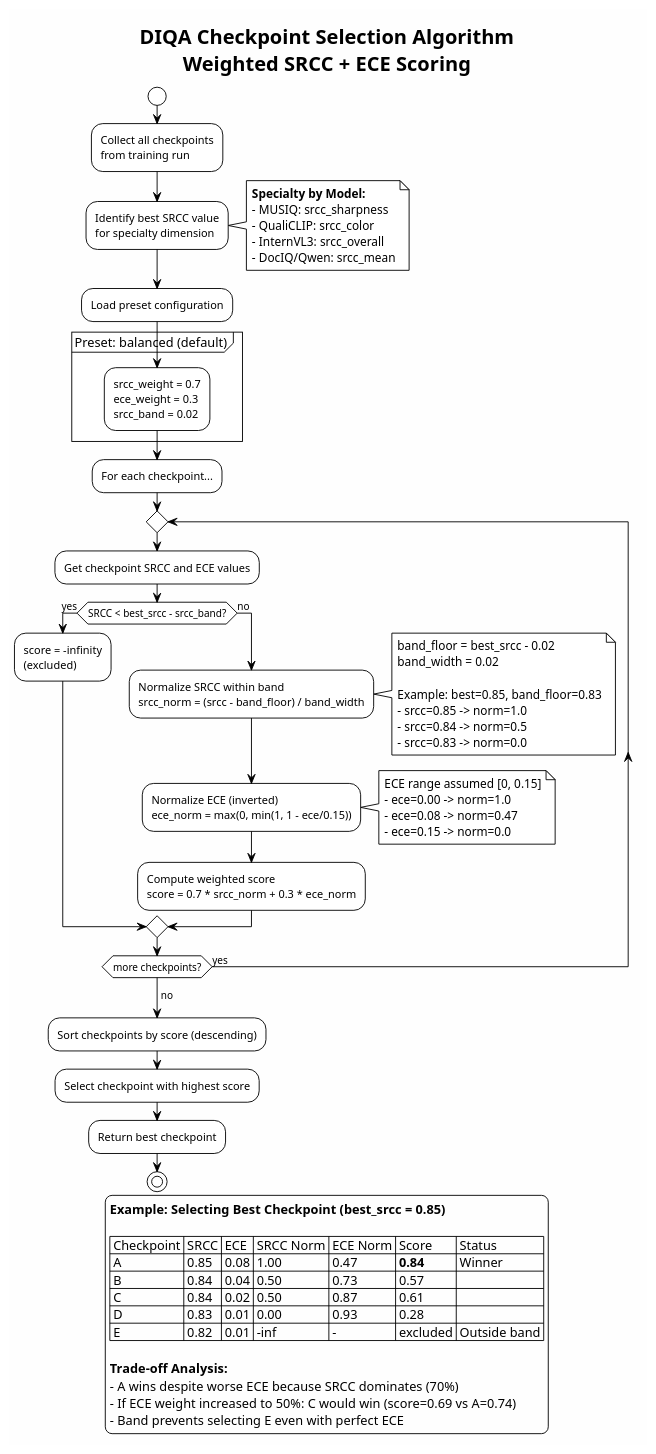
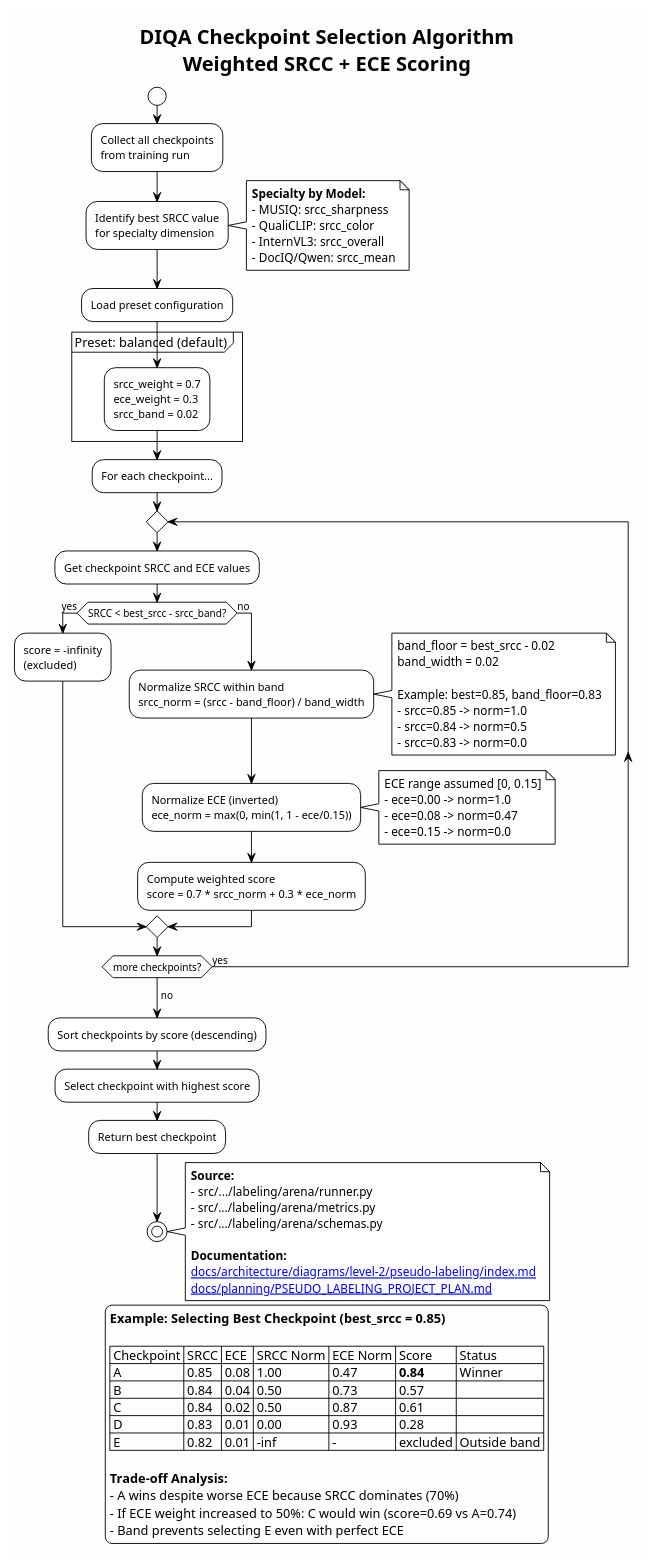
Before and after one commit to williaby/image-preprocessing-detector: the diagram in docs/architecture/diagrams/level-2/pseudo-labeling/diqa-checkpoint-selection.puml, drawn with PlantUML. The commit also changed 489 other files, not shown here.

First line of the commit message:
chore(layer2-audit): Layer 2 metadata audit remediation — parsers, scripts, docs, schema (#146)

```diff
--- a/docs/architecture/diagrams/level-2/pseudo-labeling/diqa-checkpoint-selection.puml
+++ b/docs/architecture/diagrams/level-2/pseudo-labeling/diqa-checkpoint-selection.puml
@@ -1,102 +1,119 @@
-@startuml DIQA Checkpoint Selection
+@startuml diqa-checkpoint-selection
 !theme plain
 skinparam backgroundColor #FEFEFE
 
 title DIQA Checkpoint Selection Algorithm\nWeighted SRCC + ECE Scoring
 
 ' ============================================================================
 ' ACTIVITY DIAGRAM: Checkpoint Selection Flow
 ' ============================================================================
 
 start
 
 :Collect all checkpoints
 from training run;
 
 :Identify best SRCC value
 for specialty dimension;
 
 note right
   **Specialty by Model:**
   - MUSIQ: srcc_sharpness
   - QualiCLIP: srcc_color
   - InternVL3: srcc_overall
   - DocIQ/Qwen: srcc_mean
 end note
 
 :Load preset configuration;
 
 partition "Preset: balanced (default)" {
   :srcc_weight = 0.7
   ece_weight = 0.3
   srcc_band = 0.02;
 }
 
 :For each checkpoint...;
 
 repeat
   :Get checkpoint SRCC and ECE values;
 
   if (SRCC < best_srcc - srcc_band?) then (yes)
     :score = -infinity
     (excluded);
   else (no)
     :Normalize SRCC within band
     srcc_norm = (srcc - band_floor) / band_width;
 
     note right
       band_floor = best_srcc - 0.02
       band_width = 0.02
 
       Example: best=0.85, band_floor=0.83
       - srcc=0.85 -> norm=1.0
       - srcc=0.84 -> norm=0.5
       - srcc=0.83 -> norm=0.0
     end note
 
     :Normalize ECE (inverted)
     ece_norm = max(0, min(1, 1 - ece/0.15));
 
     note right
       ECE range assumed [0, 0.15]
       - ece=0.00 -> norm=1.0
       - ece=0.08 -> norm=0.47
       - ece=0.15 -> norm=0.0
     end note
 
     :Compute weighted score
     score = 0.7 * srcc_norm + 0.3 * ece_norm;
   endif
 
 repeat while (more checkpoints?) is (yes)
 -> no;
 
 :Sort checkpoints by score (descending);
 
 :Select checkpoint with highest score;
 
 :Return best checkpoint;
 
 stop
 
 ' ============================================================================
 ' EXAMPLE CALCULATIONS
 ' ============================================================================
 
 legend bottom
   **Example: Selecting Best Checkpoint (best_srcc = 0.85)**
 
   | Checkpoint | SRCC | ECE | SRCC Norm | ECE Norm | Score | Status |
   | A | 0.85 | 0.08 | 1.00 | 0.47 | **0.84** | Winner |
   | B | 0.84 | 0.04 | 0.50 | 0.73 | 0.57 | |
   | C | 0.84 | 0.02 | 0.50 | 0.87 | 0.61 | |
   | D | 0.83 | 0.01 | 0.00 | 0.93 | 0.28 | |
   | E | 0.82 | 0.01 | -inf | - | excluded | Outside band |
 
   **Trade-off Analysis:**
   - A wins despite worse ECE because SRCC dominates (70%)
   - If ECE weight increased to 50%: C would win (score=0.69 vs A=0.74)
   - Band prevents selecting E even with perfect ECE
 endlegend
 
+note right
+  **Source:**
+  - src/.../labeling/arena/runner.py
+  - src/.../labeling/arena/metrics.py
+  - src/.../labeling/arena/schemas.py
+
+  **Documentation:**
+  [[docs/architecture/diagrams/level-2/pseudo-labeling/index.md]]
+  [[docs/planning/PSEUDO_LABELING_PROJECT_PLAN.md]]
+end note
+
+
+' ── Level 1 Context ──────────────────────────────────────────────────────────
+' Parent: docs/architecture/diagrams/level-1/index.md
+'   ├─ PREPARE_DOC_ARCHITECTURE_OVERVIEW.puml  (8 workstreams overview)
+'   └─ PREPARE_DOC_WORKFLOW_HIERARCHY.puml     (swimlane data flow)
+
 @enduml
```
